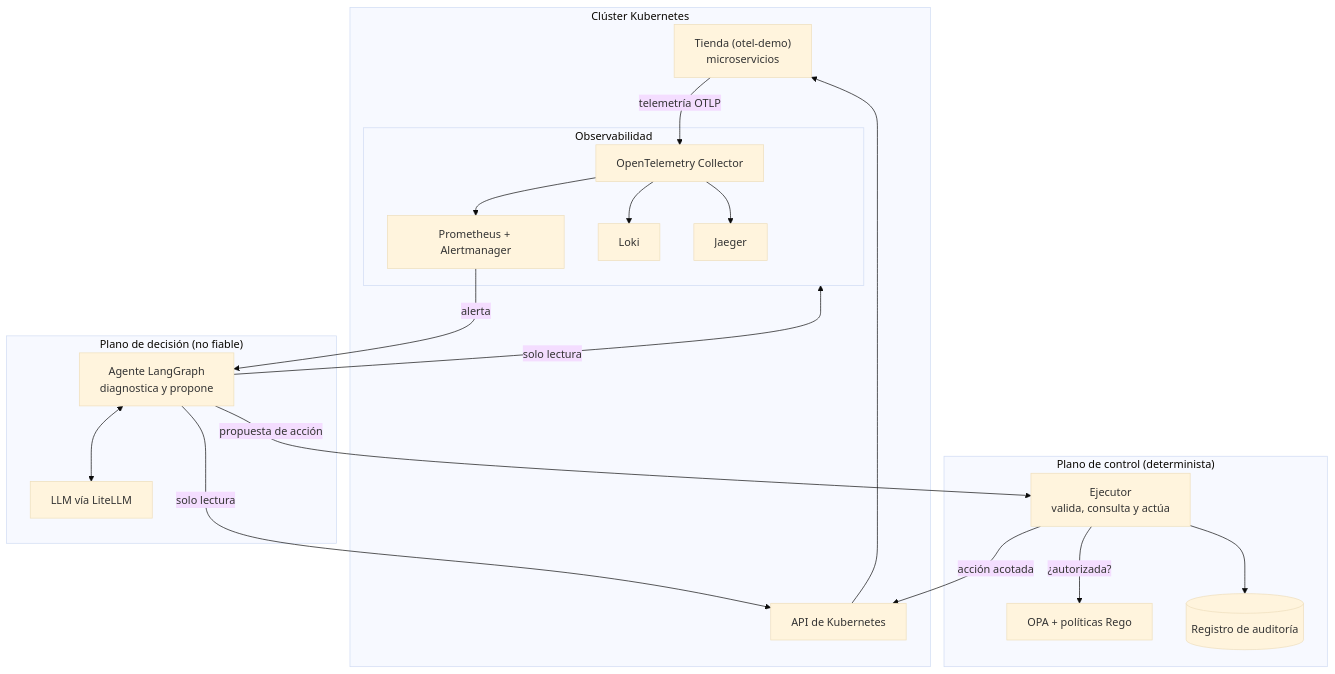
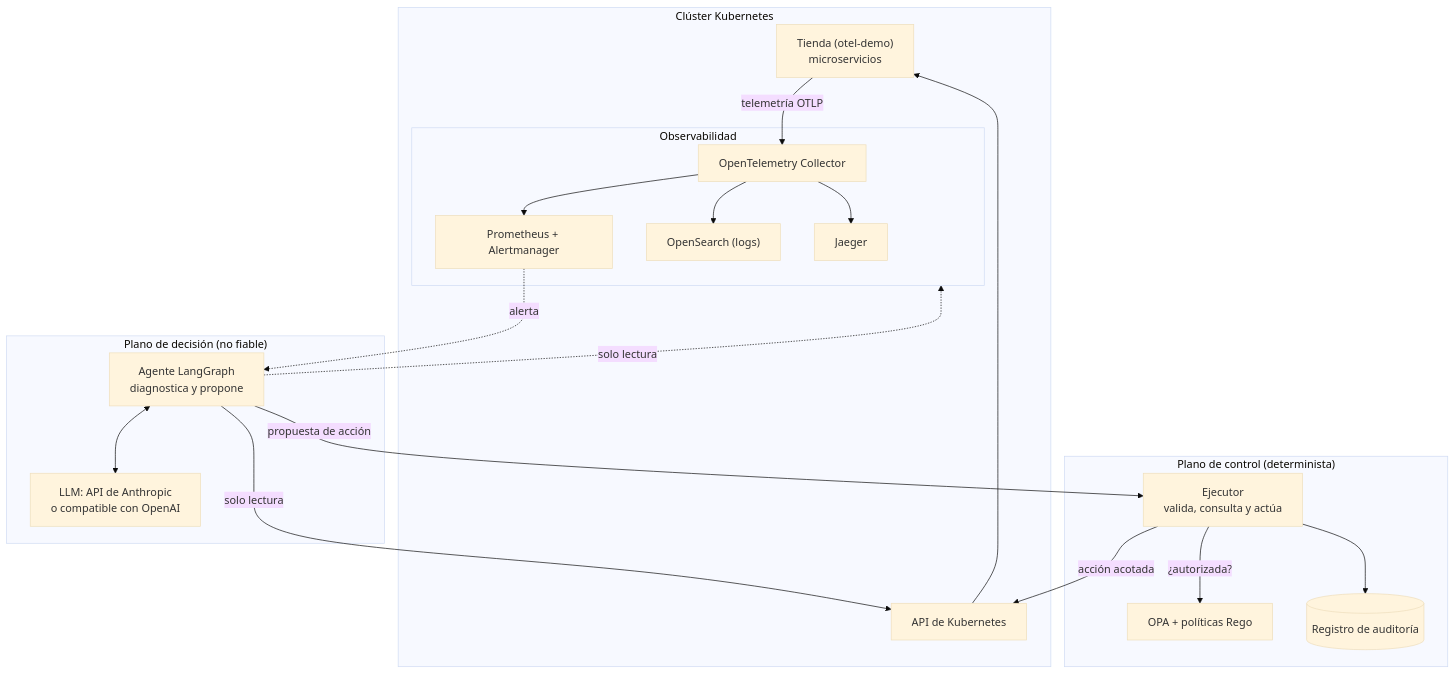
Before and after one commit to MarcosPerezCantero/autokub-aiops: the first of 3 diagrams in docs/arquitectura.md, drawn with Mermaid (base theme). The commit also changed other lines of this file and 37 other files, not shown here.

First line of the commit message:
Añade el panel de operación, el modo aprobación y el chat de solo lectura

````diff
--- a/docs/arquitectura.md
+++ b/docs/arquitectura.md
@@ -7,36 +7,36 @@
 ```mermaid
 flowchart TB
     subgraph K8S["Clúster Kubernetes"]
         APP["Tienda (otel-demo)<br/>microservicios"]
         API["API de Kubernetes"]
         subgraph OBS["Observabilidad"]
             OTEL["OpenTelemetry Collector"]
             PROM["Prometheus + Alertmanager"]
-            LOKI["Loki"]
+            LOGS["OpenSearch (logs)"]
             JAEGER["Jaeger"]
         end
     end
 
     subgraph AGENTE["Plano de decisión (no fiable)"]
         LG["Agente LangGraph<br/>diagnostica y propone"]
-        LLM["LLM vía LiteLLM"]
+        LLM["LLM: API de Anthropic<br/>o compatible con OpenAI"]
     end
 
     subgraph CONTROL["Plano de control (determinista)"]
         EXE["Ejecutor<br/>valida, consulta y actúa"]
         OPA["OPA + políticas Rego"]
         LOG[("Registro de auditoría")]
     end
 
     APP -->|telemetría OTLP| OTEL
-    OTEL --> PROM & LOKI & JAEGER
-    PROM -->|alerta| LG
+    OTEL --> PROM & LOGS & JAEGER
+    PROM -.->|alerta| LG
     LG <--> LLM
-    LG -->|solo lectura| OBS
+    LG -.->|solo lectura| OBS
     LG -->|solo lectura| API
     LG -->|propuesta de acción| EXE
     EXE -->|¿autorizada?| OPA
     EXE -->|acción acotada| API
     EXE --> LOG
     API --> APP
 ```
````
